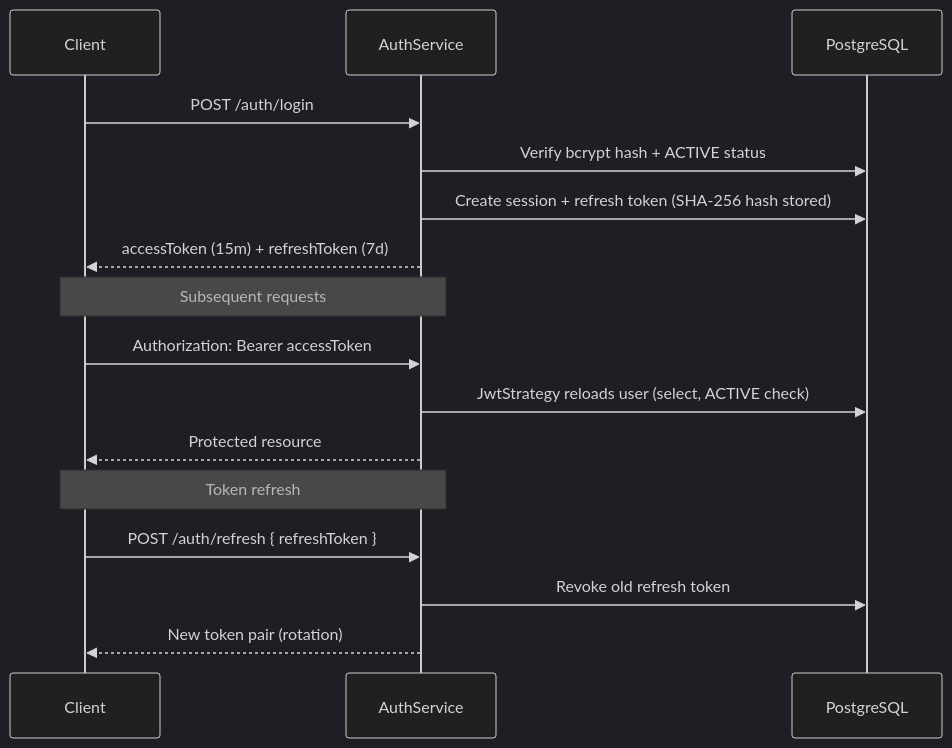
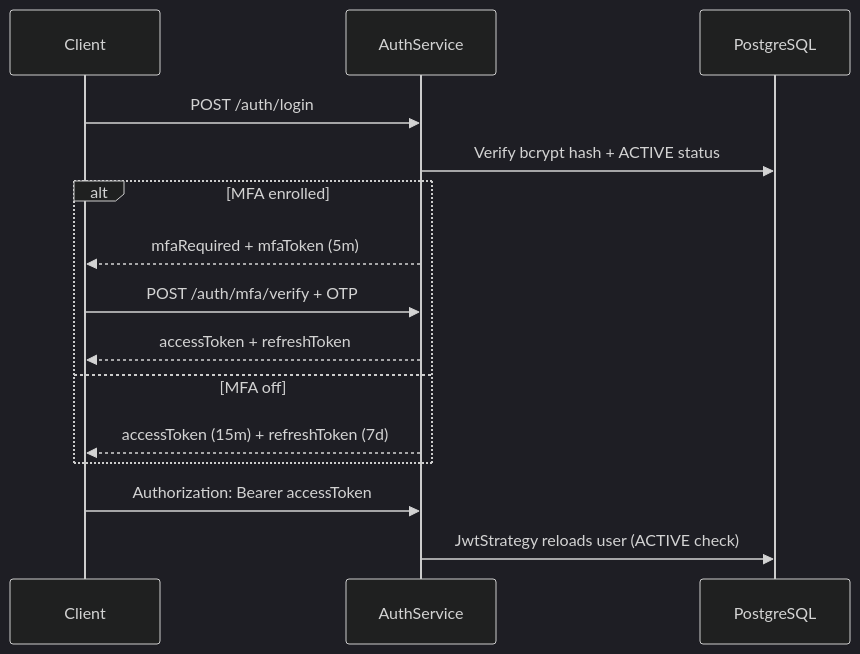
Before and after one commit to SAutopsYS/Amrutam: the second of 3 diagrams in README.md, drawn with Mermaid (dark theme). The commit also changed other lines of this file and 62 other files, not shown here.

````diff
--- a/README.md
+++ b/README.md
@@ -387,21 +392,19 @@
 ```mermaid
 sequenceDiagram
     participant C as Client
     participant API as AuthService
     participant DB as PostgreSQL
 
     C->>API: POST /auth/login
     API->>DB: Verify bcrypt hash + ACTIVE status
-    API->>DB: Create session + refresh token (SHA-256 hash stored)
-    API-->>C: accessToken (15m) + refreshToken (7d)
+    alt MFA enrolled
+        API-->>C: mfaRequired + mfaToken (5m)
+        C->>API: POST /auth/mfa/verify + OTP
+        API-->>C: accessToken + refreshToken
+    else MFA off
+        API-->>C: accessToken (15m) + refreshToken (7d)
+    end
 
-    Note over C,API: Subsequent requests
     C->>API: Authorization: Bearer accessToken
-    API->>DB: JwtStrategy reloads user (select, ACTIVE check)
-    API-->>C: Protected resource
-
-    Note over C,API: Token refresh
-    C->>API: POST /auth/refresh { refreshToken }
-    API->>DB: Revoke old refresh token
-    API-->>C: New token pair (rotation)
+    API->>DB: JwtStrategy reloads user (ACTIVE check)
 ```
````
